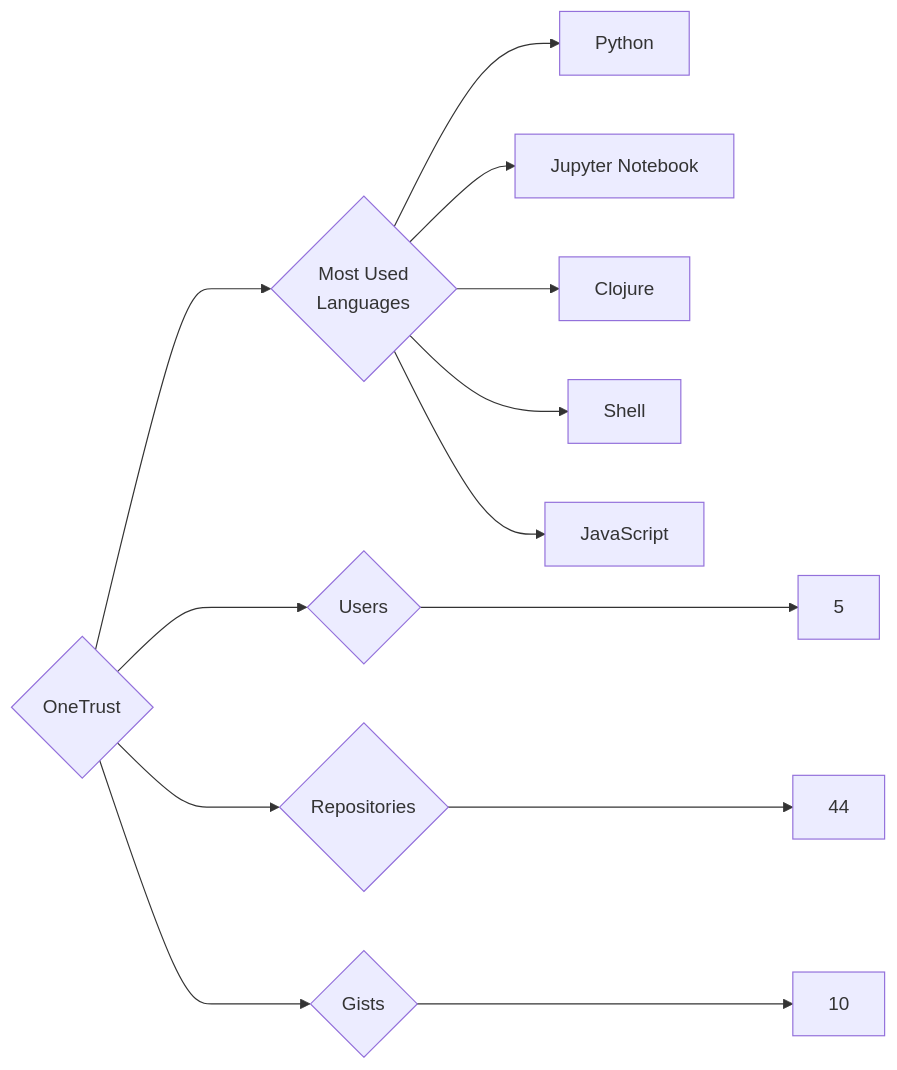
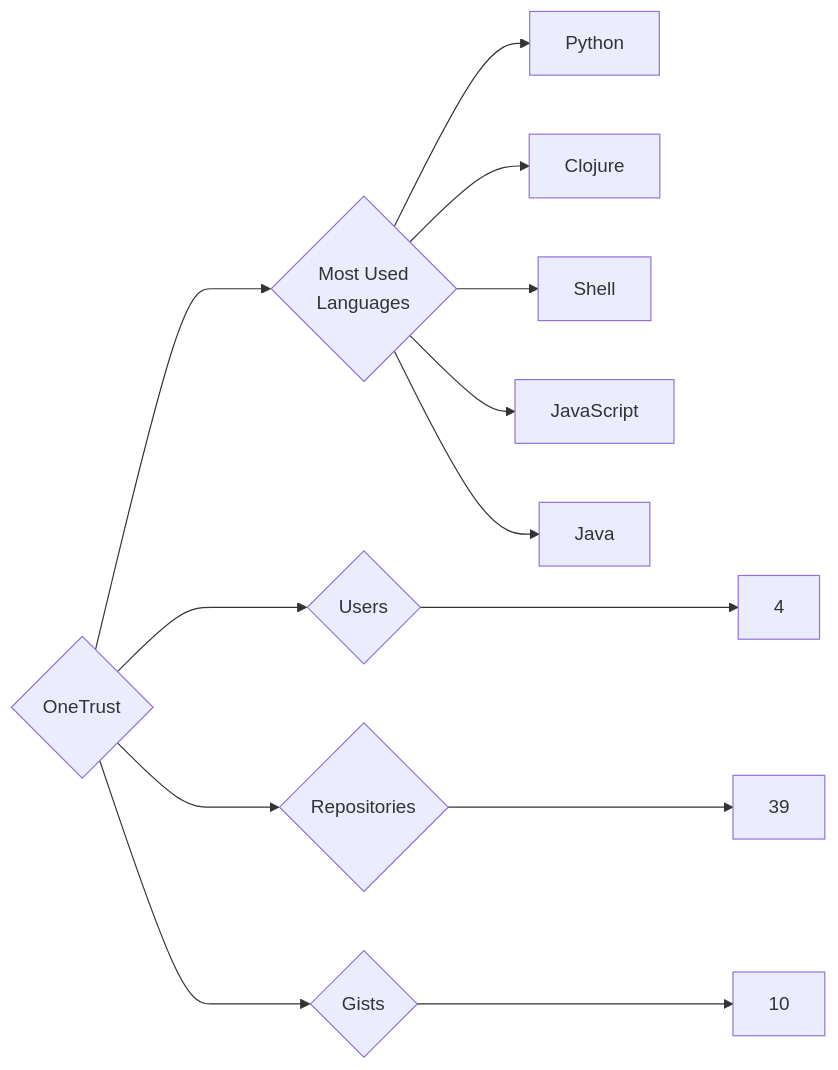
Before and after one commit to trickest/insiders: the diagram in targets/OneTrust/README.md, drawn with Mermaid. The commit also changed 1389 other files, not shown here.

````diff
--- a/targets/OneTrust/README.md
+++ b/targets/OneTrust/README.md
@@ -3,13 +3,13 @@
 ```mermaid
 graph LR
 COMPANY_NAME{OneTrust}
-COMPANY_NAME ---> U{Users} ---> UN[5]
-COMPANY_NAME ---> R{Repositories} ---> RN[44]
+COMPANY_NAME ---> U{Users} ---> UN[4]
+COMPANY_NAME ---> R{Repositories} ---> RN[39]
 COMPANY_NAME ---> G{Gists} ---> GN[10]
 COMPANY_NAME ---> ML{Most Used<br>Languages}
 ML --> Python[Python]
-ML --> Jupyter_Notebook[Jupyter Notebook]
 ML --> Clojure[Clojure]
 ML --> Shell[Shell]
 ML --> JavaScript[JavaScript]
+ML --> Java[Java]
 ```
````
